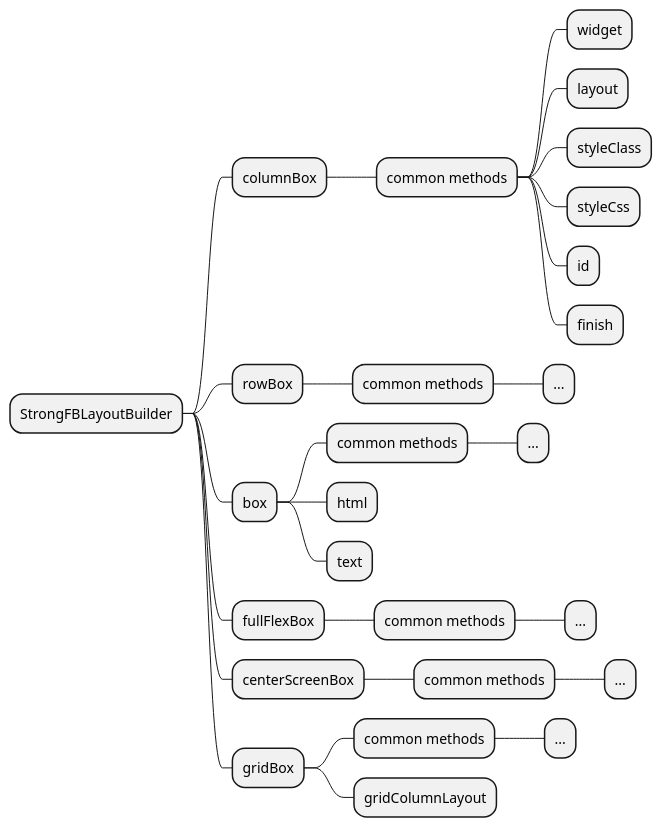
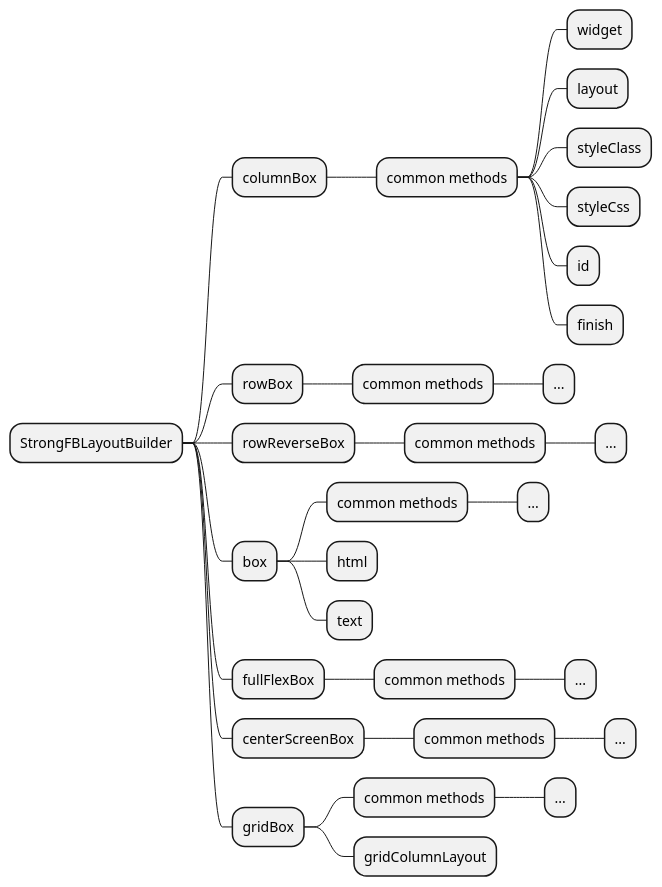
One commit to madkne/strong-form-builder changed the third of 3 diagrams in docs/concepts/layouts.md. Above: the diagram before and after it, drawn with PlantUML. The commit also changed 16 other files, not shown here.

````diff
--- a/docs/concepts/layouts.md
+++ b/docs/concepts/layouts.md
@@ -64,32 +64,35 @@
 ```plantuml	
 @startmindmap
 + StrongFBLayoutBuilder
 ++ columnBox
 +++ common methods
 ++++ widget
 ++++ layout
 ++++ styleClass
 ++++ styleCss
 ++++ id
 ++++ finish
 ++ rowBox
++++ common methods
+++++ ...
+++ rowReverseBox
 +++ common methods
 ++++ ...
 ++ box
 +++ common methods
 ++++ ...
 +++ html
 +++ text
 ++ fullFlexBox
 +++ common methods
 ++++ ...
 ++ centerScreenBox
 +++ common methods
 ++++ ...
 ++ gridBox
 +++ common methods
 ++++ ...
 +++ gridColumnLayout
 
 @endmindmap
 ```
````
